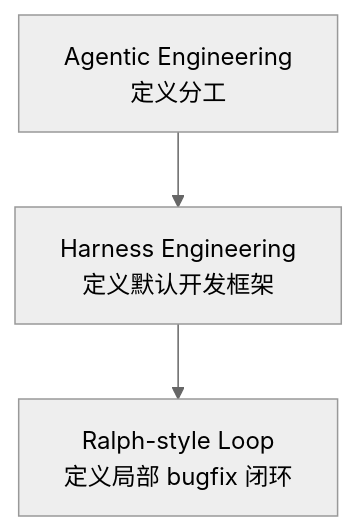
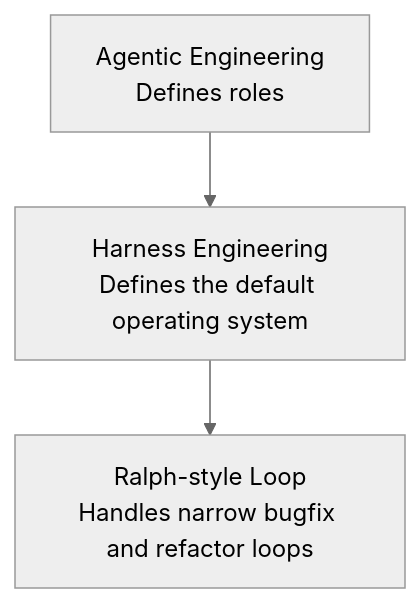
Before and after one commit to JNHFlow21/harness-first-agentic-development: the diagram in README.md, drawn with Mermaid (neutral theme). The commit also changed other lines of this file and 3 other files, not shown here.

````diff
--- a/README.md
+++ b/README.md
@@ -94,5 +87,5 @@
 ```mermaid
 flowchart TB
-    A["Agentic Engineering<br/>定义分工"] --> B["Harness Engineering<br/>定义默认开发框架"]
-    B --> C["Ralph-style Loop<br/>定义局部 bugfix 闭环"]
+    A["Agentic Engineering<br/>Defines roles"] --> B["Harness Engineering<br/>Defines the default operating system"]
+    B --> C["Ralph-style Loop<br/>Handles narrow bugfix and refactor loops"]
 ```
````
